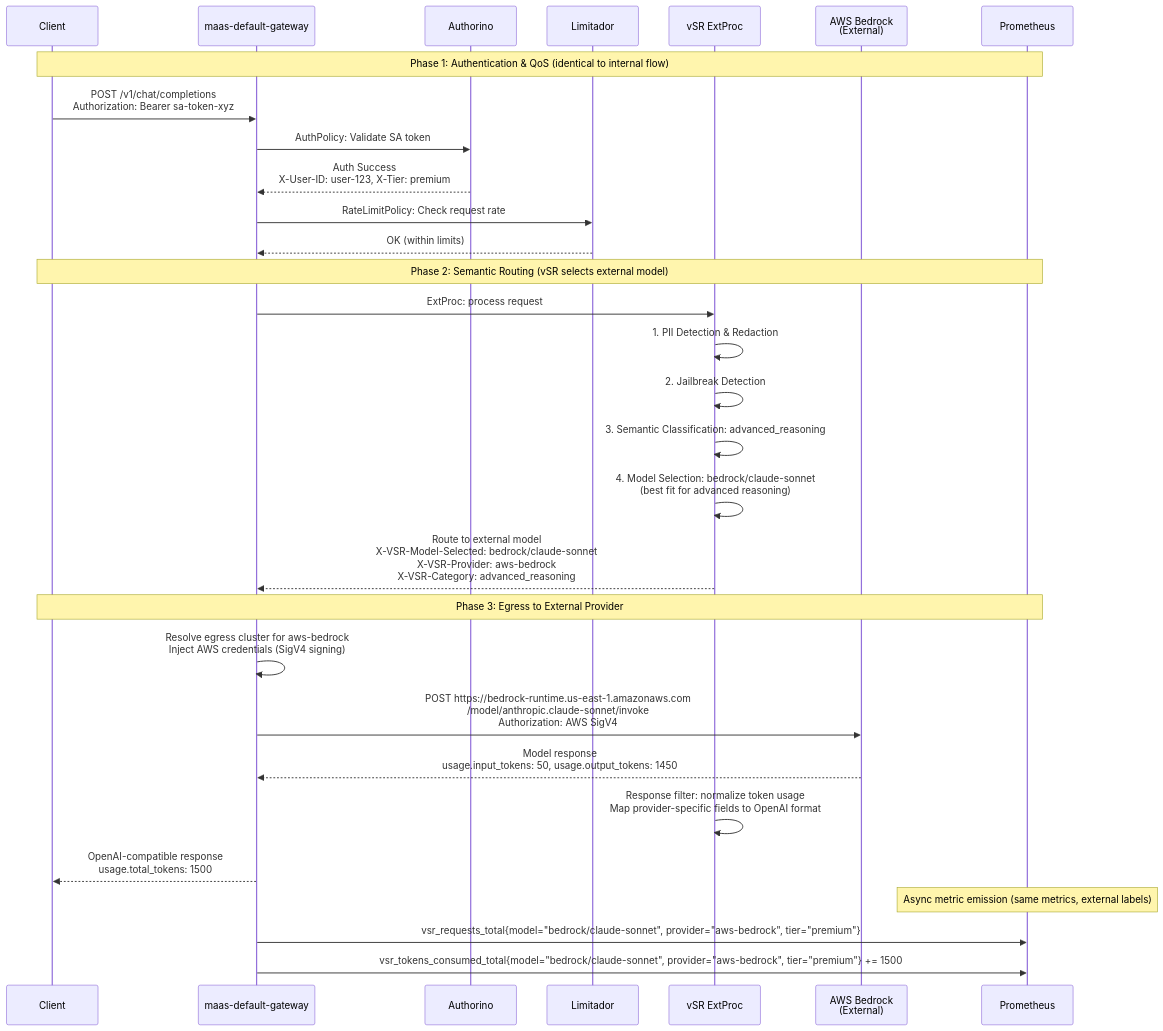
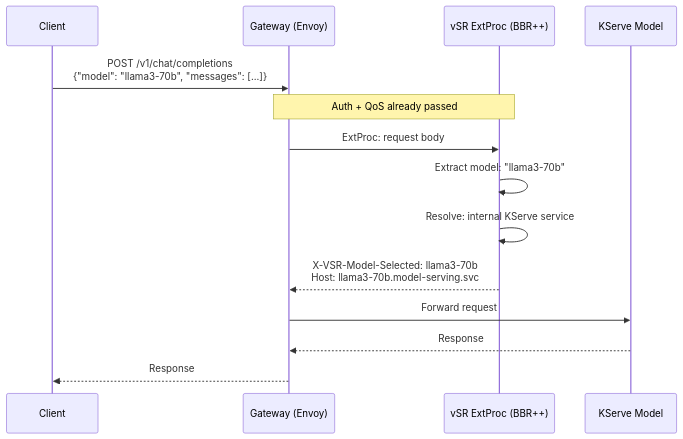
Before and after one commit to noyitz/maas-designs: the third of 3 diagrams in vsr-maas-integration/phase-1-design-v1.2.md, drawn with Mermaid. The commit also changed other lines of this file, not shown here.

````diff
--- a/vsr-maas-integration/phase-1-design-v1.2.md
+++ b/vsr-maas-integration/phase-1-design-v1.2.md
@@ -280,45 +247,19 @@
 ```mermaid
 sequenceDiagram
     participant Client
-    participant Gateway as maas-default-gateway
-    participant Authorino
-    participant Limitador
-    participant vSR as vSR ExtProc
-    participant Bedrock as AWS Bedrock<br/>(External)
-    participant Prometheus
+    participant Gateway as Gateway (Envoy)
+    participant vSR as vSR ExtProc (BBR++)
+    participant KServe as KServe Model
 
-    Note over Client,Prometheus: Phase 1: Authentication & QoS (identical to internal flow)
+    Client->>Gateway: POST /v1/chat/completions<br/>{"model": "llama3-70b", "messages": [...]}
 
-    Client->>Gateway: POST /v1/chat/completions<br/>Authorization: Bearer sa-token-xyz
+    Note over Gateway,vSR: Auth + QoS already passed
+    Gateway->>vSR: ExtProc: request body
+    vSR->>vSR: Extract model: "llama3-70b"
+    vSR->>vSR: Resolve: internal KServe service
+    vSR-->>Gateway: X-VSR-Model-Selected: llama3-70b<br/>Host: llama3-70b.model-serving.svc
 
-    Gateway->>Authorino: AuthPolicy: Validate SA token
-    Authorino-->>Gateway: Auth Success<br/>X-User-ID: user-123, X-Tier: premium
-
-    Gateway->>Limitador: RateLimitPolicy: Check request rate
-    Limitador-->>Gateway: OK (within limits)
-
-    Note over Client,Prometheus: Phase 2: Semantic Routing (vSR selects external model)
-
-    Gateway->>vSR: ExtProc: process request
-
-    vSR->>vSR: 1. PII Detection & Redaction
-    vSR->>vSR: 2. Jailbreak Detection
-    vSR->>vSR: 3. Semantic Classification: advanced_reasoning
-    vSR->>vSR: 4. Model Selection: bedrock/claude-sonnet<br/>(best fit for advanced reasoning)
-
-    vSR-->>Gateway: Route to external model<br/>X-VSR-Model-Selected: bedrock/claude-sonnet<br/>X-VSR-Provider: aws-bedrock<br/>X-VSR-Category: advanced_reasoning
-
-    Note over Client,Prometheus: Phase 3: Egress to External Provider
-
-    Gateway->>Gateway: Resolve egress cluster for aws-bedrock<br/>Inject AWS credentials (SigV4 signing)
-    Gateway->>Bedrock: POST https://bedrock-runtime.us-east-1.amazonaws.com<br/>/model/anthropic.claude-sonnet/invoke<br/>Authorization: AWS SigV4
-    Bedrock-->>Gateway: Model response<br/>usage.input_tokens: 50, usage.output_tokens: 1450
-
-    vSR->>vSR: Response filter: normalize token usage<br/>Map provider-specific fields to OpenAI format
-
-    Gateway-->>Client: OpenAI-compatible response<br/>usage.total_tokens: 1500
-
-    Note over Prometheus: Async metric emission (same metrics, external labels)
-    Gateway->>Prometheus: vsr_requests_total{model="bedrock/claude-sonnet", provider="aws-bedrock", tier="premium"}
-    Gateway->>Prometheus: vsr_tokens_consumed_total{model="bedrock/claude-sonnet", provider="aws-bedrock", tier="premium"} += 1500
+    Gateway->>KServe: Forward request
+    KServe-->>Gateway: Response
+    Gateway-->>Client: Response
 ```
````
